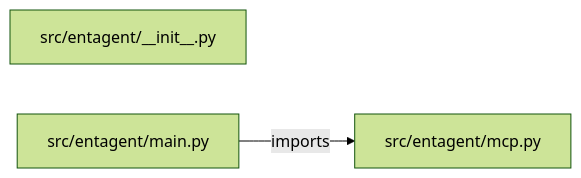
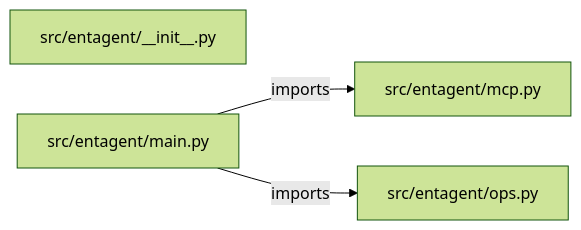
The diagram in PROJECT_ARCHITECTURE.md (iarsingh/enterprise-ai-agent-platform), drawn with Mermaid (forest theme) before and after one commit. The commit also changed other lines of this file and 2 other files, not shown here.

Commit message:
Refresh architecture and interview guides from current implementation

````diff
--- a/PROJECT_ARCHITECTURE.md
+++ b/PROJECT_ARCHITECTURE.md
@@ -13,7 +13,9 @@
 ```mermaid
 flowchart LR
     M0["src/entagent/__init__.py"]
     M1["src/entagent/main.py"]
     M2["src/entagent/mcp.py"]
+    M3["src/entagent/ops.py"]
     M1 -->|imports| M2
+    M1 -->|imports| M3
 ```
````
